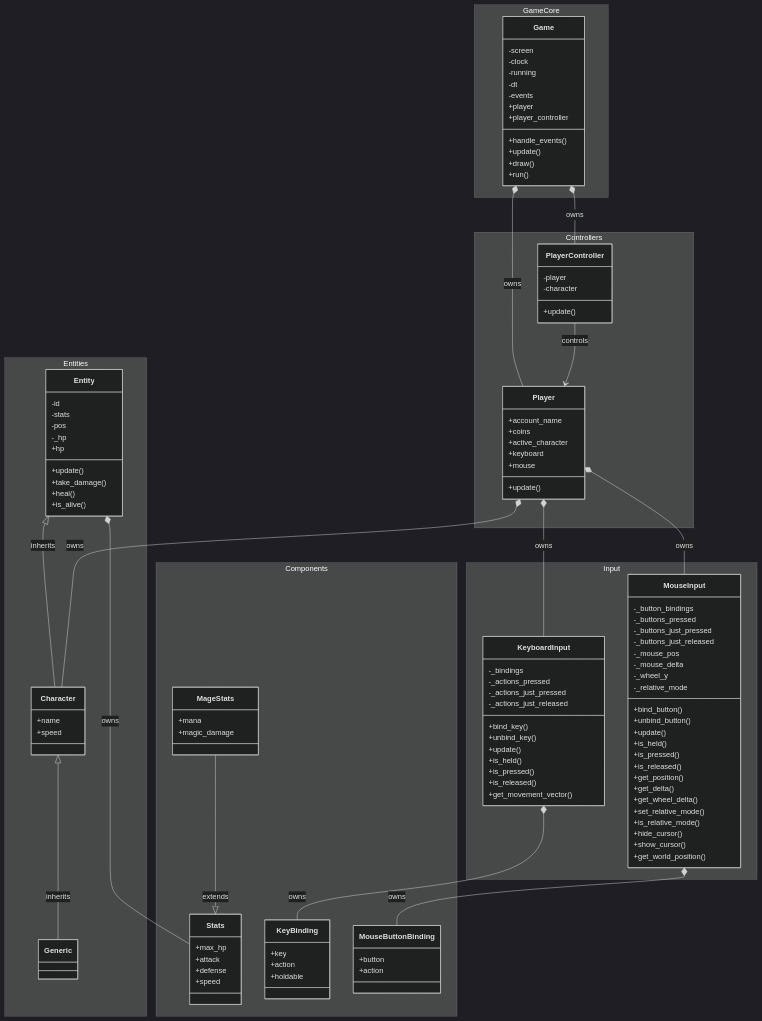
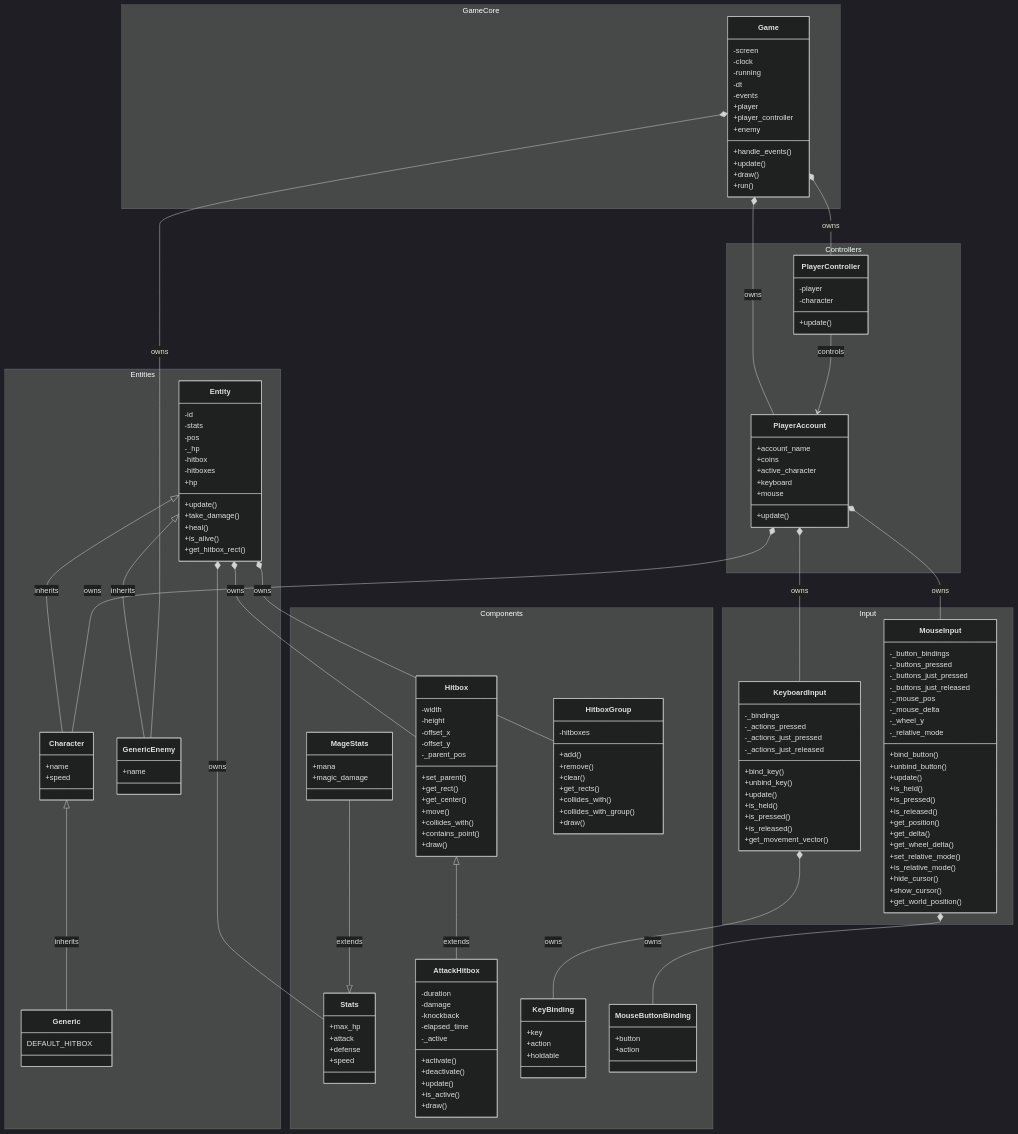
Before and after one commit to aaronmfs/fragment-of-society: the diagram in docs/UMLClass/class-diagram.md, drawn with Mermaid (dark theme). The commit also changed 1 other file, not shown here.

Commit message:
docs: Update docs to accomodate Hitbox class

````diff
--- a/docs/UMLClass/class-diagram.md
+++ b/docs/UMLClass/class-diagram.md
@@ -9,6 +9,7 @@
             -events
             +player
             +player_controller
+            +enemy
             +handle_events()
             +update()
             +draw()
@@ -22,11 +23,14 @@
             -stats
             -pos
             -_hp
+            -hitbox
+            -hitboxes
             +hp
             +update()
             +take_damage()
             +heal()
             +is_alive()
+            +get_hitbox_rect()
         }
         
         class Character {
@@ -34,7 +38,13 @@
             +speed
         }
         
-        class Generic
+        class Generic {
+            DEFAULT_HITBOX
+        }
+
+        class GenericEnemy {
+            +name
+        }
     }
 
     namespace Components {
@@ -48,6 +58,45 @@
         class MageStats {
             +mana
             +magic_damage
+        }
+
+        class Hitbox {
+            -width
+            -height
+            -offset_x
+            -offset_y
+            -_parent_pos
+            +set_parent()
+            +get_rect()
+            +get_center()
+            +move()
+            +collides_with()
+            +contains_point()
+            +draw()
+        }
+
+        class HitboxGroup {
+            -hitboxes
+            +add()
+            +remove()
+            +clear()
+            +get_rects()
+            +collides_with()
+            +collides_with_group()
+            +draw()
+        }
+
+        class AttackHitbox {
+            -duration
+            -damage
+            -knockback
+            -elapsed_time
+            -_active
+            +activate()
+            +deactivate()
+            +update()
+            +is_active()
+            +draw()
         }
         
         class KeyBinding {
@@ -104,7 +153,7 @@
     }
 
     namespace Controllers {
-        class Player {
+        class PlayerAccount {
             +account_name
             +coins
             +active_character
@@ -123,16 +172,21 @@
     %% Inheritance
     MageStats --|> Stats : extends
     Entity <|-- Character : inherits
+    Entity <|-- GenericEnemy : inherits
     Character <|-- Generic : inherits
+    Hitbox <|-- AttackHitbox : extends
 
     %% Composition/Aggregation
-    Game *-- Player : owns
+    Game *-- PlayerAccount : owns
     Game *-- PlayerController : owns
-    Player *-- Character : owns
-    Player *-- KeyboardInput : owns
-    Player *-- MouseInput : owns
-    PlayerController --> Player : controls
+    Game *-- GenericEnemy : owns
+    PlayerAccount *-- Character : owns
+    PlayerAccount *-- KeyboardInput : owns
+    PlayerAccount *-- MouseInput : owns
+    PlayerController --> PlayerAccount : controls
     Entity *-- Stats : owns
+    Entity *-- Hitbox : owns
+    Entity *-- HitboxGroup : owns
     KeyboardInput *-- KeyBinding : owns
     MouseInput *-- MouseButtonBinding : owns
 ```
````
